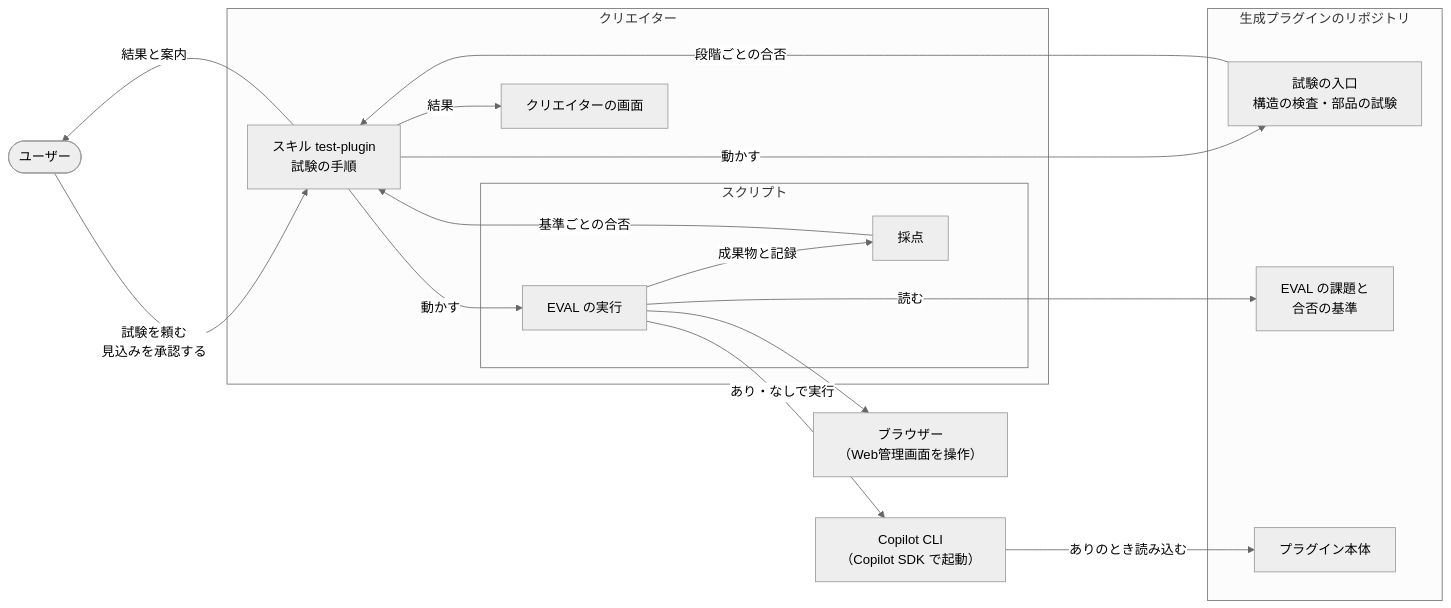
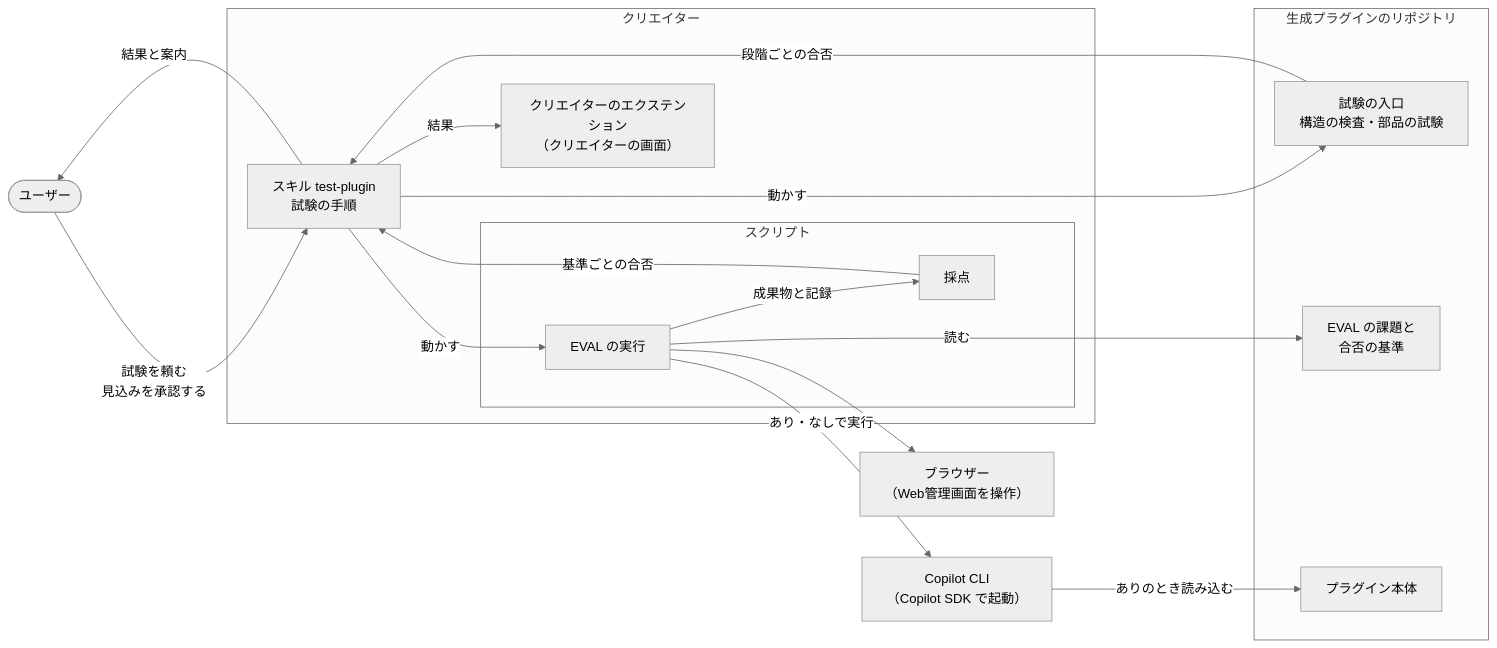
The second of 2 diagrams in docs/design/creator-structure.md (imaeda-hub/plugin-creater), drawn with Mermaid (neutral theme) before and after one commit. The commit also changed other lines of this file and 2 other files, not shown here.

````diff
--- a/docs/design/creator-structure.md
+++ b/docs/design/creator-structure.md
@@ -55,35 +64,35 @@
 ```mermaid
 flowchart LR
   user(["ユーザー"])
 
   subgraph creator["クリエイター"]
     tskill["スキル test-plugin<br/>試験の手順"]
     subgraph scripts["スクリプト"]
       run["EVAL の実行"]
       grade["採点"]
     end
-    screen["クリエイターの画面"]
+    screen["クリエイターのエクステンション<br/>（クリエイターの画面）"]
   end
 
   subgraph genrepo["生成プラグインのリポジトリ"]
     entry["試験の入口<br/>構造の検査・部品の試験"]
     tasks["EVAL の課題と<br/>合否の基準"]
     plugin["プラグイン本体"]
   end
 
   cli["Copilot CLI<br/>（Copilot SDK で起動）"]
   browser["ブラウザー<br/>（Web管理画面を操作）"]
 
   user -->|"試験を頼む<br/>見込みを承認する"| tskill
   tskill -->|"動かす"| entry
   tskill -->|"動かす"| run
   run -->|"読む"| tasks
   run -->|"あり・なしで実行"| cli
   cli -->|"ありのとき読み込む"| plugin
   run --> browser
   run -->|"成果物と記録"| grade
   grade -->|"基準ごとの合否"| tskill
   entry -->|"段階ごとの合否"| tskill
   tskill -->|"結果"| screen
   tskill -->|"結果と案内"| user
 ```
````
